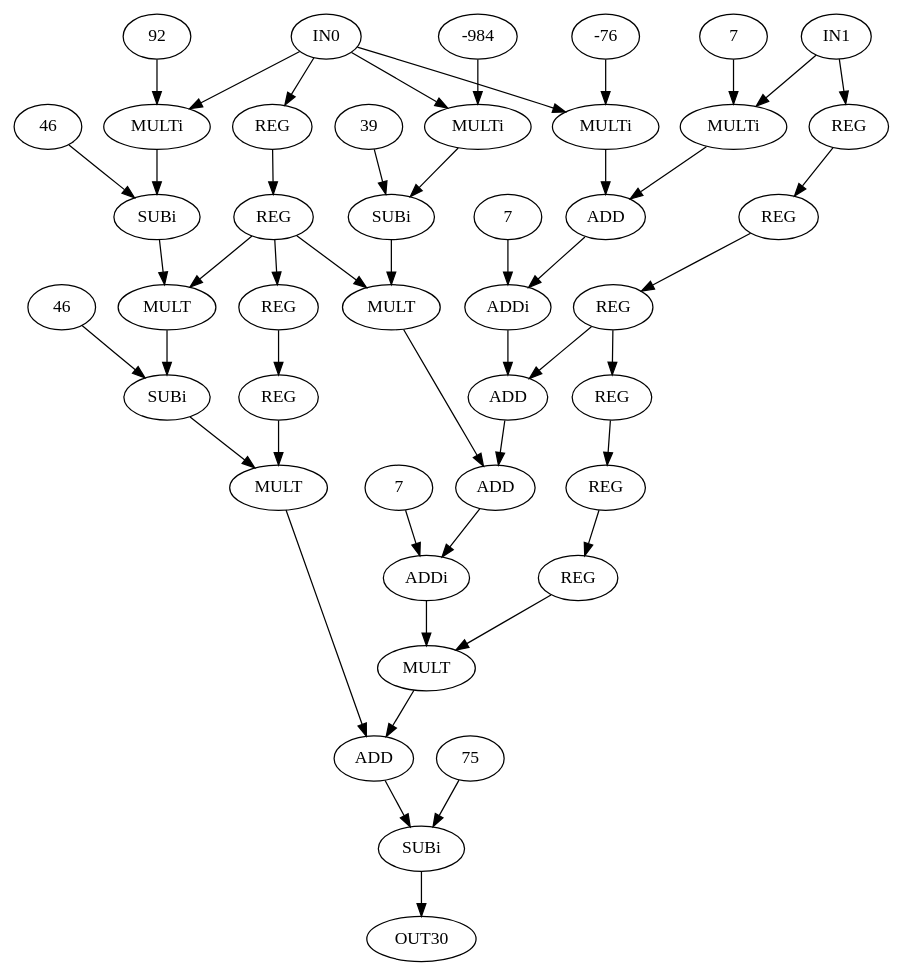
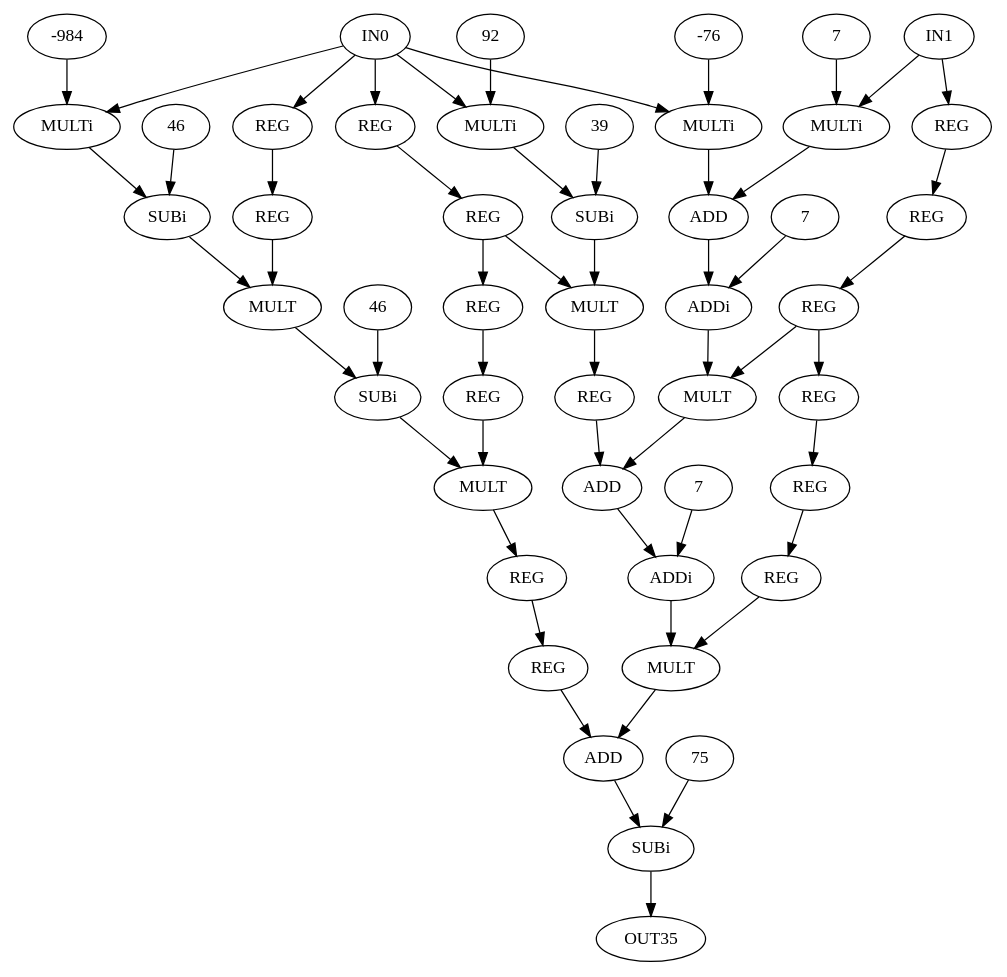
One commit to lesc-ufv/fdam changed the diagram in fdam-samples/fdam-cgra-samples/cgra_128_radix8/sw/cpp/dot_dataflows/sgfilter.dot. Above: the diagram before and after it, drawn with Graphviz. The commit also changed 11 other files, not shown here.

```diff
--- a/fdam-samples/fdam-cgra-samples/cgra_128_radix8/sw/cpp/dot_dataflows/sgfilter.dot
+++ b/fdam-samples/fdam-cgra-samples/cgra_128_radix8/sw/cpp/dot_dataflows/sgfilter.dot
@@ -1,90 +1,100 @@
 digraph Sgfilter{
  0 [ label = IN0 ]
  1 [ label = IN1 ]
  2 [ label = REG]
  3 [ label = REG]
  4 [ label = REG]
  5 [ label = REG]
  6 [ label = REG]
  7 [ label = REG]
  8 [ label = REG]
  9 [ label = REG]
  10 [ label = REG]
  11 [ label = REG]
- 12 [ label = MULTi, VALUE = -984]
- "12.-984"[ label = -984 ]
- 13 [ label = MULTi, VALUE = 92]
- "13.92"[ label = 92 ]
- 14 [ label = MULTi, VALUE = -76]
- "14.-76"[ label = -76 ]
- 15 [ label = MULTi, VALUE = 7]
- "15.7"[ label = 7 ]
- 16 [ label = SUBi, VALUE = 46]
- "16.46"[ label = 46 ]
- 17 [ label = SUBi, VALUE = 39]
- "17.39"[ label = 39 ]
- 18 [ label = ADD]
- 19 [ label = MULT]
- 20 [ label = MULT]
- 21 [ label = ADDi, VALUE = 7]
- "21.7"[ label = 7 ]
- 22 [ label = SUBi, VALUE = 46]
- "22.46"[ label = 46 ]
+ 12 [ label = REG]
+ 13 [ label = REG]
+ 14 [ label = REG]
+ 15 [ label = REG]
+ 16 [ label = REG]
+ 17 [ label = MULTi, VALUE = 92]
+ "17.92"[ label = 92 ]
+ 18 [ label = MULTi, VALUE = -984]
+ "18.-984"[ label = -984 ]
+ 19 [ label = MULTi, VALUE = -76]
+ "19.-76"[ label = -76 ]
+ 20 [ label = MULTi, VALUE = 7]
+ "20.7"[ label = 7 ]
+ 21 [ label = SUBi, VALUE = 46]
+ "21.46"[ label = 46 ]
+ 22 [ label = SUBi, VALUE = 39]
+ "22.39"[ label = 39 ]
  23 [ label = ADD]
  24 [ label = MULT]
- 25 [ label = ADD]
+ 25 [ label = MULT]
  26 [ label = ADDi, VALUE = 7]
  "26.7"[ label = 7 ]
- 27 [ label = MULT]
- 28 [ label = ADD]
- 29 [ label = SUBi, VALUE = 75]
- "29.75"[ label = 75 ]
- 30 [ label = OUT30 ]
+ 27 [ label = SUBi, VALUE = 46]
+ "27.46"[ label = 46 ]
+ 28 [ label = MULT]
+ 29 [ label = MULT]
+ 30 [ label = ADD]
+ 31 [ label = ADDi, VALUE = 7]
+ "31.7"[ label = 7 ]
+ 32 [ label = MULT]
+ 33 [ label = ADD]
+ 34 [ label = SUBi, VALUE = 75]
+ "34.75"[ label = 75 ]
+ 35 [ label = OUT35 ]
+ 0 -> 17
+ 0 -> 18
+ 0 -> 19
  0 -> 12
- 0 -> 13
- 0 -> 14
  0 -> 2
- 1 -> 15
+ 1 -> 20
  1 -> 6
  2 -> 3
  3 -> 4
- 3 -> 19
- 3 -> 20
+ 3 -> 25
  4 -> 5
- 5 -> 24
+ 5 -> 29
  6 -> 7
  7 -> 8
  8 -> 9
- 8 -> 23
+ 8 -> 28
  9 -> 10
  10 -> 11
- 11 -> 27
- "12.-984" -> 12
- 12 -> 17
- "13.92" -> 13
- 13 -> 16
- "14.-76" -> 14
- 14 -> 18
- "15.7" -> 15
- 15 -> 18
- "16.46" -> 16
- 16 -> 19
- "17.39" -> 17
- 17 -> 20
+ 11 -> 32
+ 12 -> 13
+ 13 -> 24
+ 14 -> 30
+ 15 -> 16
+ 16 -> 33
+ "17.92" -> 17
+ 17 -> 22
+ "18.-984" -> 18
  18 -> 21
- 19 -> 22
- 20 -> 25
- "21.7" -> 21
- 21 -> 23
- "22.46" -> 22
- 22 -> 24
- 23 -> 25
- 24 -> 28
- 25 -> 26
+ "19.-76" -> 19
+ 19 -> 23
+ "20.7" -> 20
+ 20 -> 23
+ "21.46" -> 21
+ 21 -> 24
+ "22.39" -> 22
+ 22 -> 25
+ 23 -> 26
+ 24 -> 27
+ 25 -> 14
  "26.7" -> 26
- 26 -> 27
- 27 -> 28
- 28 -> 29
- "29.75" -> 29
- 29 -> 30
+ 26 -> 28
+ "27.46" -> 27
+ 27 -> 29
+ 28 -> 30
+ 29 -> 15
+ 30 -> 31
+ "31.7" -> 31
+ 31 -> 32
+ 32 -> 33
+ 33 -> 34
+ "34.75" -> 34
+ 34 -> 35
 }
```
